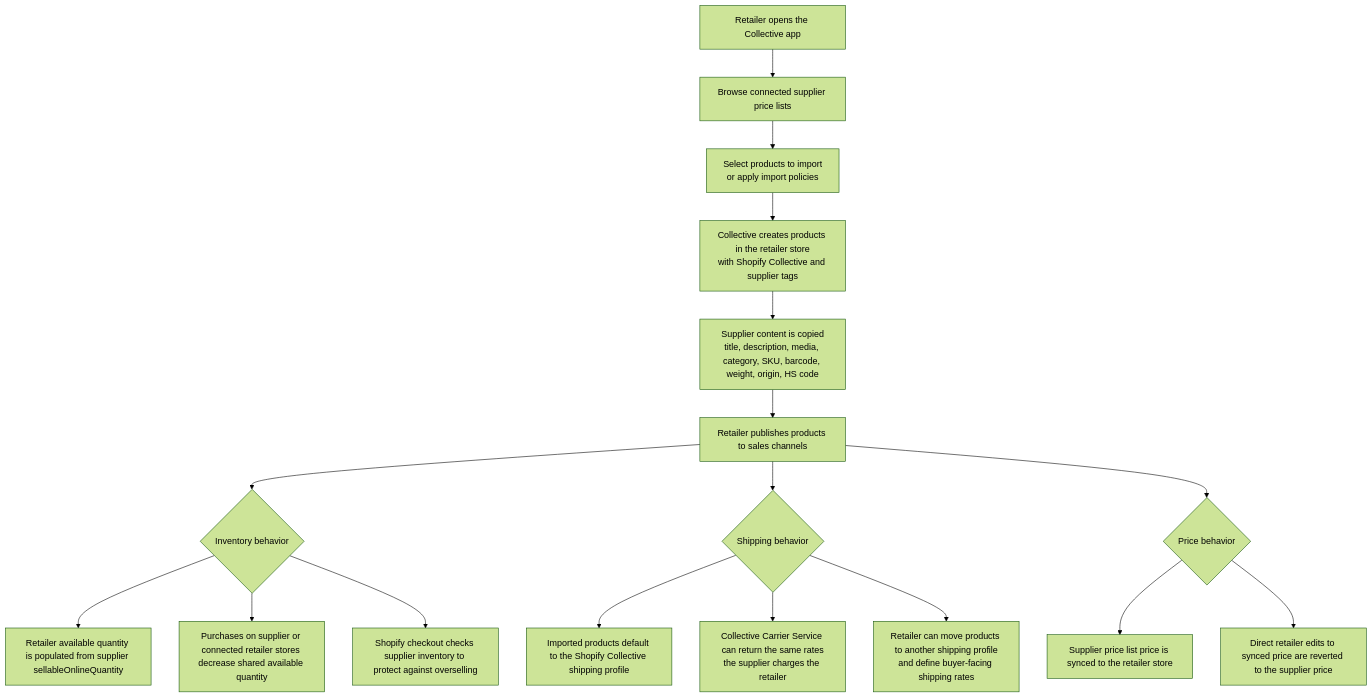
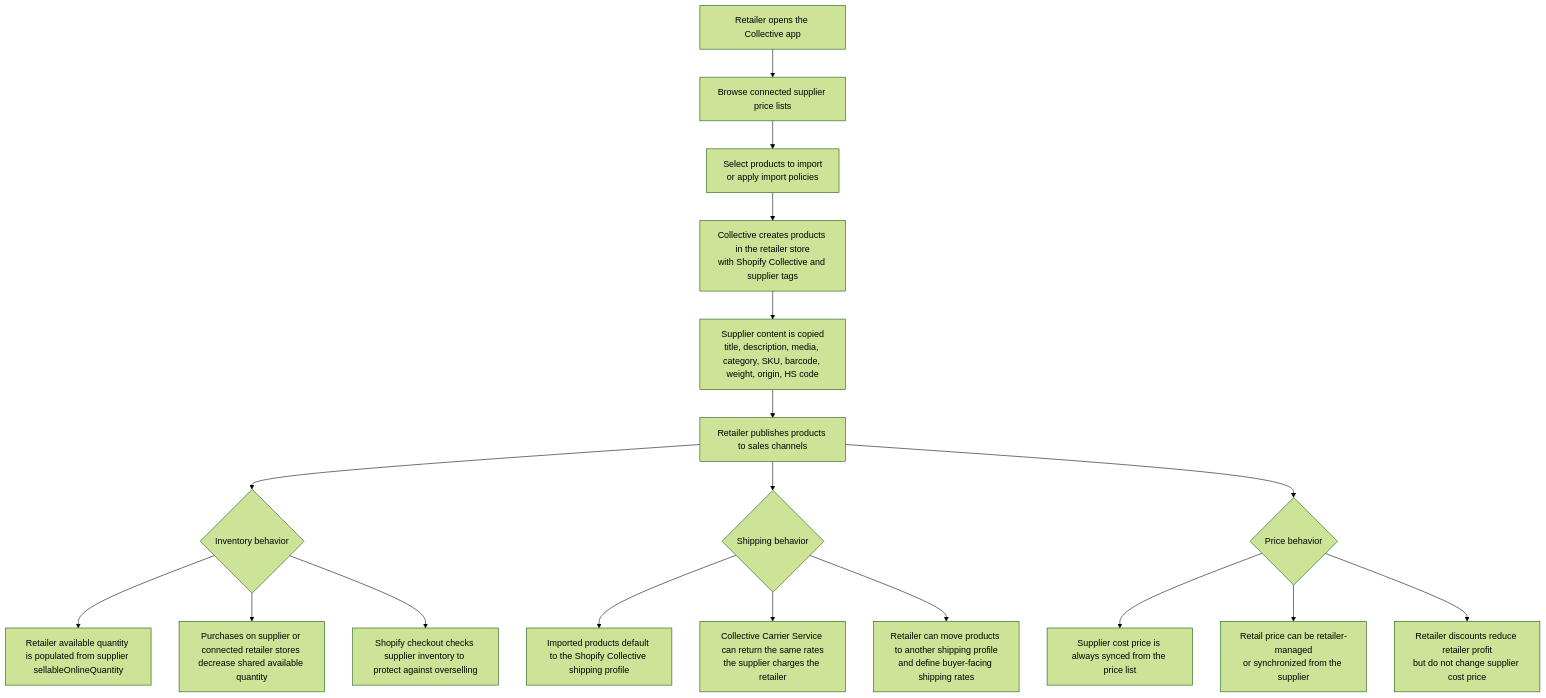
The first of 9 diagrams in products/shopify-collective/architecture.md (shopify-apac-ts/shopify-technical-docs), drawn with Mermaid (forest theme) before and after one commit. The commit also changed other lines of this file and 4 other files, not shown here.

````diff
--- a/products/shopify-collective/architecture.md
+++ b/products/shopify-collective/architecture.md
@@ -21,22 +23,23 @@
 ```mermaid
 flowchart TD
     A["Retailer opens the Collective app"] --> B["Browse connected supplier price lists"]
     B --> C["Select products to import<br/>or apply import policies"]
     C --> D["Collective creates products in the retailer store<br/>with Shopify Collective and supplier tags"]
     D --> E["Supplier content is copied<br/>title, description, media, category, SKU, barcode, weight, origin, HS code"]
     E --> F["Retailer publishes products to sales channels"]
 
     F --> G{"Inventory behavior"}
     G --> G1["Retailer available quantity is populated from supplier sellableOnlineQuantity"]
     G --> G2["Purchases on supplier or connected retailer stores decrease shared available quantity"]
     G --> G3["Shopify checkout checks supplier inventory to protect against overselling"]
 
     F --> H{"Shipping behavior"}
     H --> H1["Imported products default to the Shopify Collective shipping profile"]
     H --> H2["Collective Carrier Service can return the same rates<br/>the supplier charges the retailer"]
     H --> H3["Retailer can move products to another shipping profile<br/>and define buyer-facing shipping rates"]
 
     F --> I{"Price behavior"}
-    I --> I1["Supplier price list price is synced to the retailer store"]
-    I --> I2["Direct retailer edits to synced price are reverted to the supplier price"]
+    I --> I1["Supplier cost price is always synced from the price list"]
+    I --> I2["Retail price can be retailer-managed<br/>or synchronized from the supplier"]
+    I --> I3["Retailer discounts reduce retailer profit<br/>but do not change supplier cost price"]
 ```
````
